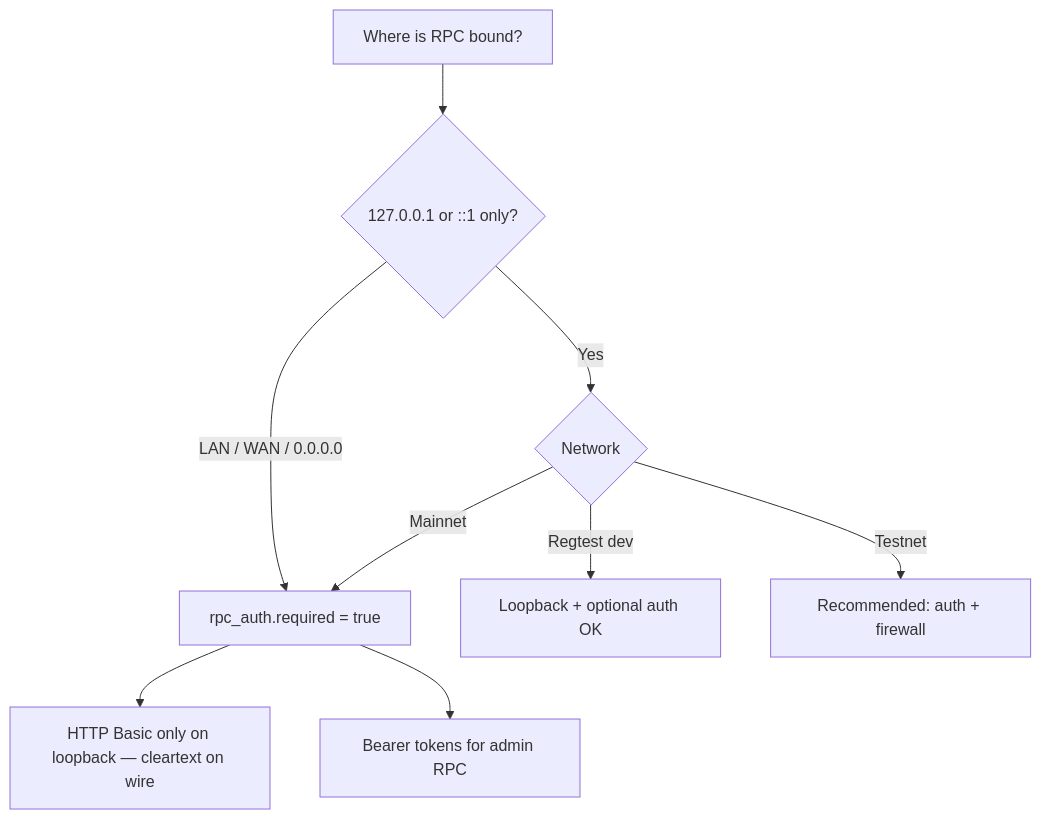
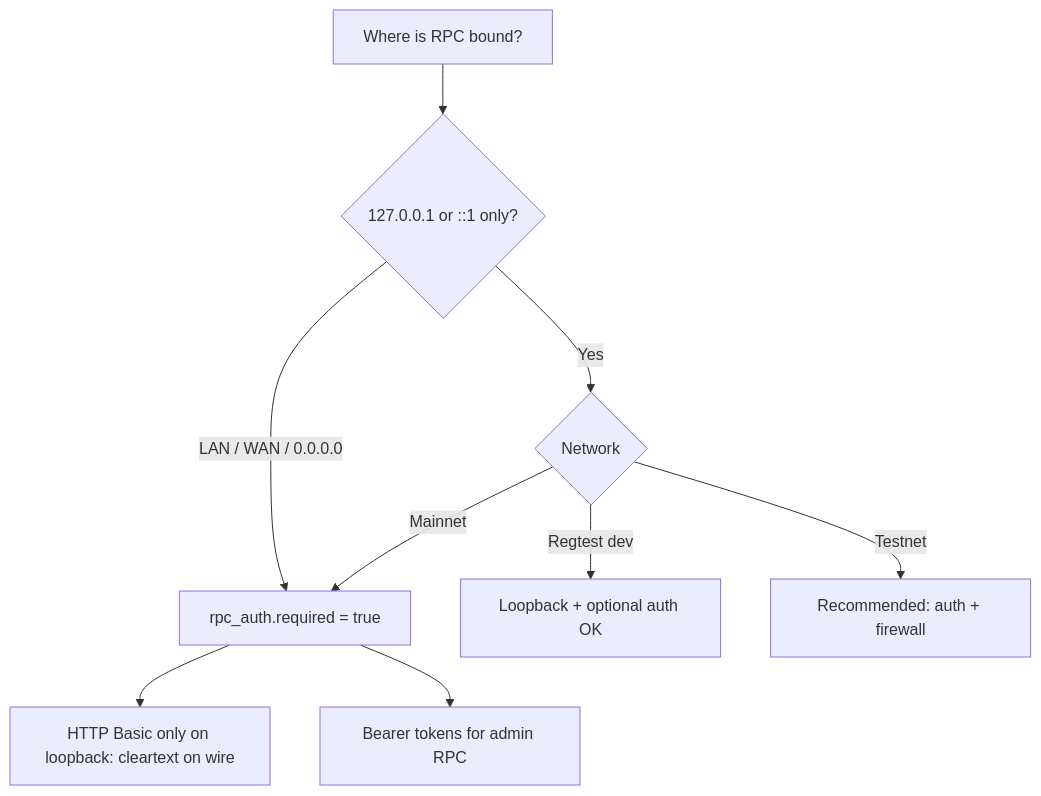
One commit to BTCDecoded/blvm-docs changed the diagram in src/security/deployment-posture.md. Above: the diagram before and after it, drawn with Mermaid. The commit also changed other lines of this file and 89 other files, not shown here.

````diff
--- a/src/security/deployment-posture.md
+++ b/src/security/deployment-posture.md
@@ -17,11 +17,11 @@
 ```mermaid
 flowchart TD
-  B[Where is RPC bound?] --> LOOP{127.0.0.1 or ::1 only?}
-  LOOP -->|Yes| NET{Network}
-  LOOP -->|LAN / WAN / 0.0.0.0| AUTH["rpc_auth.required = true"]
-  NET -->|Regtest dev| OK[Loopback + optional auth OK]
-  NET -->|Testnet| REC[Recommended: auth + firewall]
-  NET -->|Mainnet| AUTH
-  AUTH --> BASIC[HTTP Basic only on loopback — cleartext on wire]
-  AUTH --> BEAR[Bearer tokens for admin RPC]
+ B[Where is RPC bound?] --> LOOP{127.0.0.1 or ::1 only?}
+ LOOP -->|Yes| NET{Network}
+ LOOP -->|LAN / WAN / 0.0.0.0| AUTH["rpc_auth.required = true"]
+ NET -->|Regtest dev| OK[Loopback + optional auth OK]
+ NET -->|Testnet| REC[Recommended: auth + firewall]
+ NET -->|Mainnet| AUTH
+ AUTH --> BASIC[HTTP Basic only on loopback: cleartext on wire]
+ AUTH --> BEAR[Bearer tokens for admin RPC]
 ```
````
